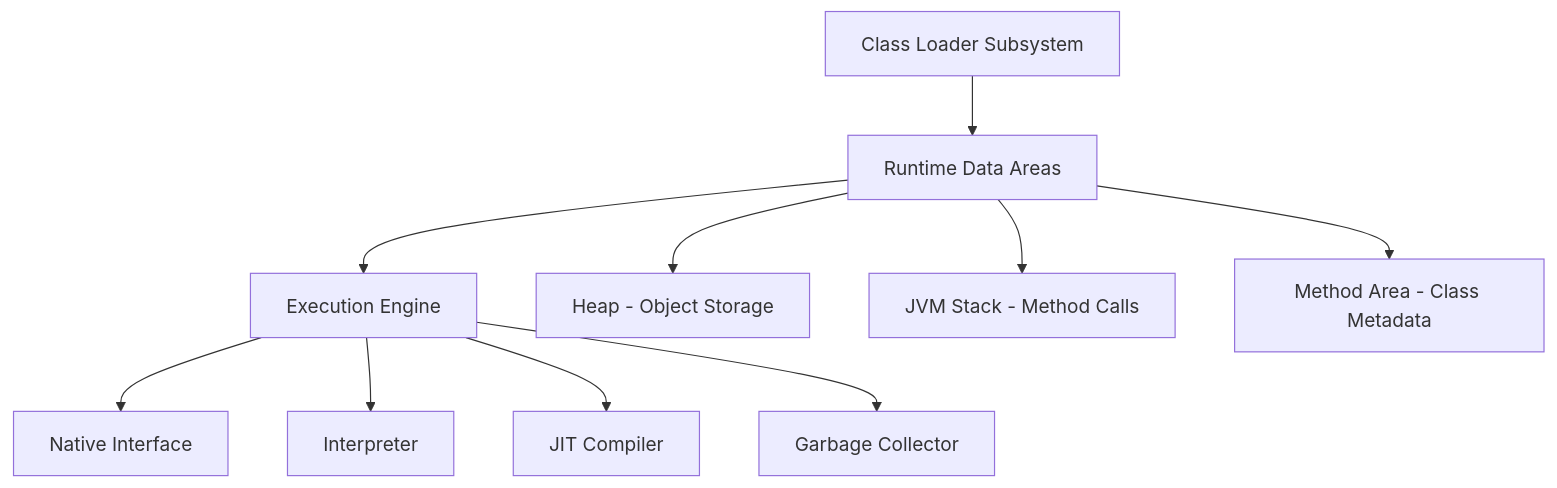
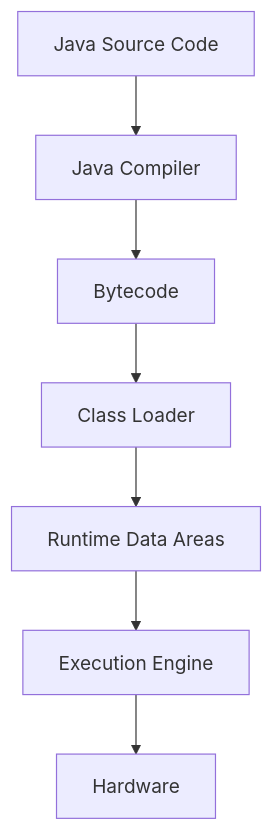
One commit to VrushankPatel/interview-matters changed the first of 2 diagrams in jvm-internals-class-loading/README.md. Above: the diagram before and after it, drawn with Mermaid. The commit also changed other lines of this file and 3 other files, not shown here.

Commit message:
kb: update topics Java Fundamentals, OOP Principles in Java, JVM Internals & Class Loading, Garbage Collection Algorithms, Multithreading & Concurrency in Java

````diff
--- a/jvm-internals-class-loading/README.md
+++ b/jvm-internals-class-loading/README.md
@@ -24,12 +27,9 @@
 ```mermaid
 graph TD
-    A[Class Loader Subsystem] --> B[Runtime Data Areas]
-    B --> C[Execution Engine]
-    C --> D[Native Interface]
-    B --> E[Heap - Object Storage]
-    B --> F[JVM Stack - Method Calls]
-    B --> G[Method Area - Class Metadata]
-    C --> H[Interpreter]
-    C --> I[JIT Compiler]
-    C --> J[Garbage Collector]
+    A[Java Source Code] --> B[Java Compiler]
+    B --> C[Bytecode]
+    C --> D[Class Loader]
+    D --> E[Runtime Data Areas]
+    E --> F[Execution Engine]
+    F --> G[Hardware]
 ```
````
